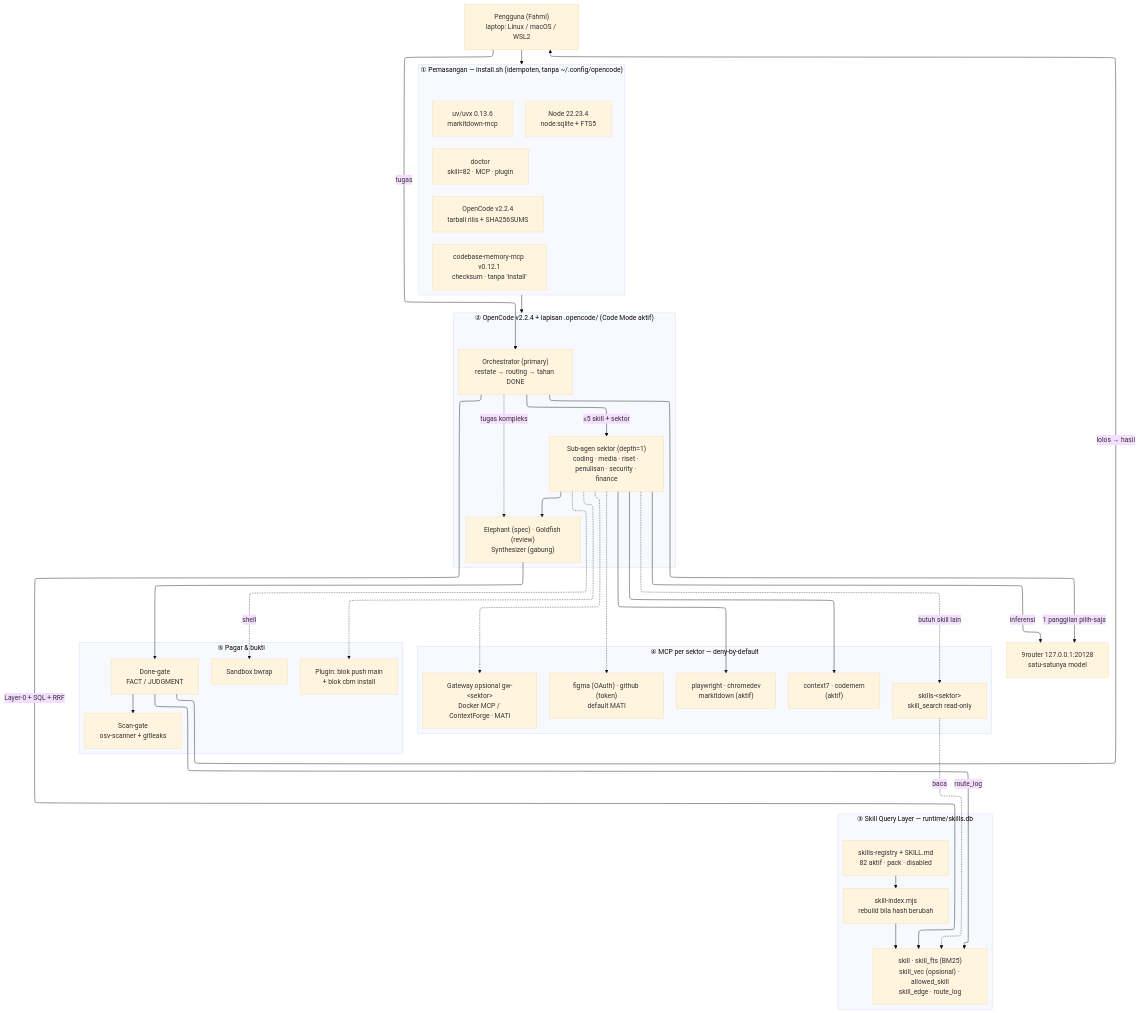
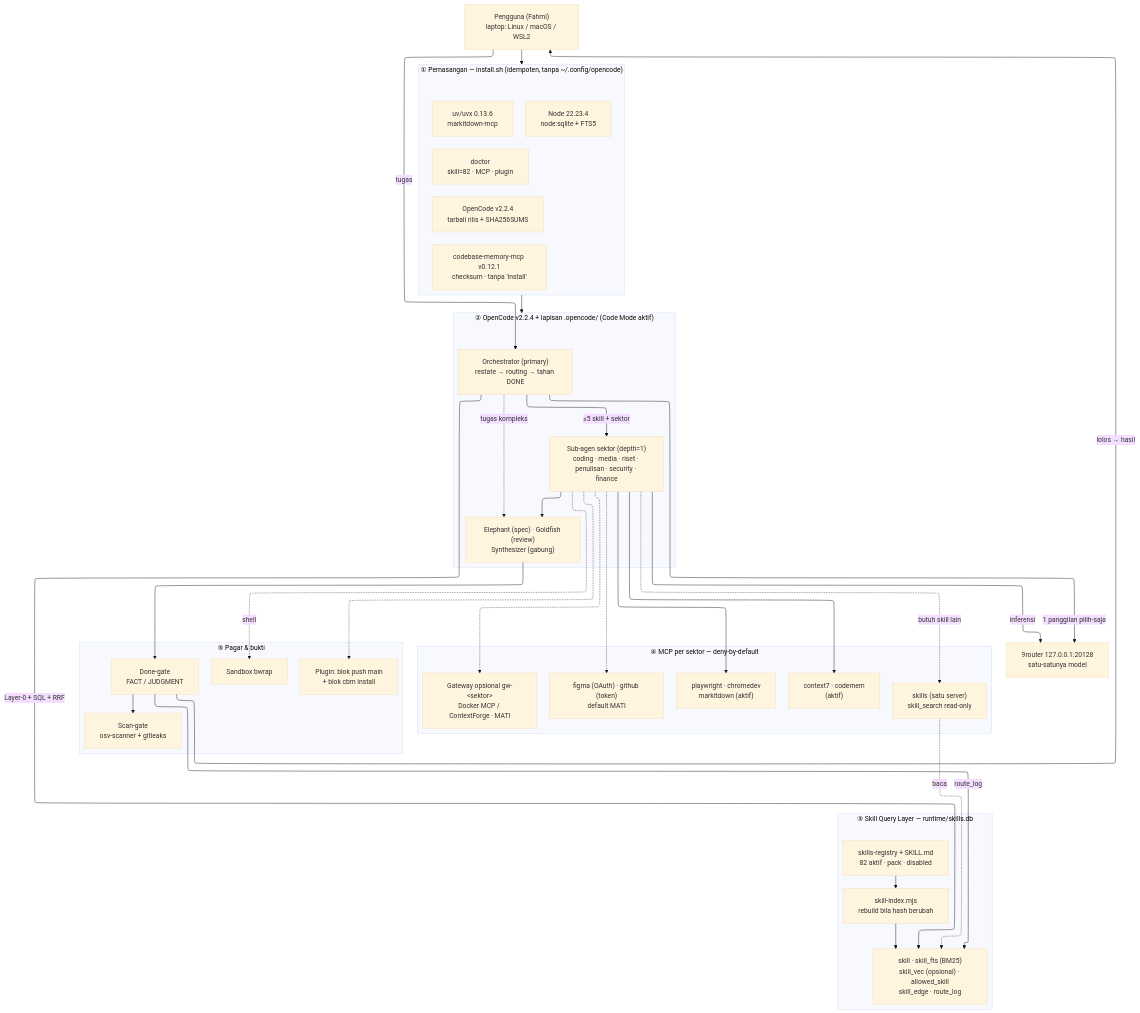
The diagram in docs/diagrams/arsitektur-final.mmd (fahmi0812/Lumitome), drawn with Mermaid (base theme) before and after one commit. The commit also changed 20 other files, not shown here.

```diff
--- a/docs/diagrams/arsitektur-final.mmd
+++ b/docs/diagrams/arsitektur-final.mmd
@@ -1,73 +1,73 @@
 ---
 config:
   layout: elk
   flowchart:
     padding: 18
 ---
 flowchart TB
   U["Pengguna (Fahmi)<br/>laptop: Linux / macOS / WSL2"]
 
   subgraph INST["① Pemasangan — install.sh (idempoten, tanpa ~/.config/opencode)"]
     direction LR
     I1["OpenCode v2.2.4<br/>tarball rilis + SHA256SUMS"]
     I2["Node 22.23.4<br/>node:sqlite + FTS5"]
     I3["codebase-memory-mcp v0.12.1<br/>checksum · tanpa 'install'"]
     I4["uv/uvx 0.13.6<br/>markitdown-mcp"]
     I5["doctor<br/>skill=82 · MCP · plugin"]
   end
 
   subgraph OC["② OpenCode v2.2.4 + lapisan .opencode/ (Code Mode aktif)"]
     direction TB
     ORC["Orchestrator (primary)<br/>restate → routing → tahan DONE"]
     SEK["Sub-agen sektor (depth=1)<br/>coding · media · riset · penulisan · security · finance"]
     AUX["Elephant (spec) · Goldfish (review)<br/>Synthesizer (gabung)"]
     ORC -- "≤5 skill + sektor" --> SEK
     ORC -. "tugas kompleks" .-> AUX
     SEK --> AUX
   end
 
   subgraph SQL["③ Skill Query Layer — runtime/skills.db"]
     direction TB
     REG["skills-registry + SKILL.md<br/>82 aktif · pack · disabled"]
     IDX["skill-index.mjs<br/>rebuild bila hash berubah"]
     DB["skill · skill_fts (BM25)<br/>skill_vec (opsional) · allowed_skill<br/>skill_edge · route_log"]
     REG --> IDX --> DB
   end
 
   subgraph MCP["④ MCP per sektor — deny-by-default"]
     direction LR
     M1["context7 · codemem<br/>(aktif)"]
     M2["playwright · chromedev<br/>markitdown (aktif)"]
-    M3["skills-&lt;sektor&gt;<br/>skill_search read-only"]
+    M3["skills (satu server)<br/>skill_search read-only"]
     M4["figma (OAuth) · github (token)<br/>default MATI"]
     M5["Gateway opsional gw-&lt;sektor&gt;<br/>Docker MCP / ContextForge · MATI"]
   end
 
   subgraph GATE["⑤ Pagar & bukti"]
     direction LR
     DG["Done-gate<br/>FACT / JUDGMENT"]
     SG["Scan-gate<br/>osv-scanner + gitleaks"]
     BW["Sandbox bwrap"]
     PG["Plugin: blok push main<br/>+ blok cbm install"]
   end
 
   R9["9router 127.0.0.1:20128<br/>satu-satunya model"]
 
   U --> INST
   INST --> OC
   U -- "tugas" --> ORC
   ORC -- "Layer-0 + SQL + RRF" --> DB
   ORC -- "1 panggilan pilih-saja" --> R9
   SEK -- "inferensi" --> R9
   SEK --> M1
   SEK --> M2
   SEK -. "butuh skill lain" .-> M3
   M3 -. "baca" .-> DB
   SEK -.-> M4
   SEK -.-> M5
   AUX --> DG
   DG --> SG
   SEK -. "shell" .-> BW
   SEK -.-> PG
   DG -- "lolos → hasil" --> U
   DG -- "route_log" --> DB
```
